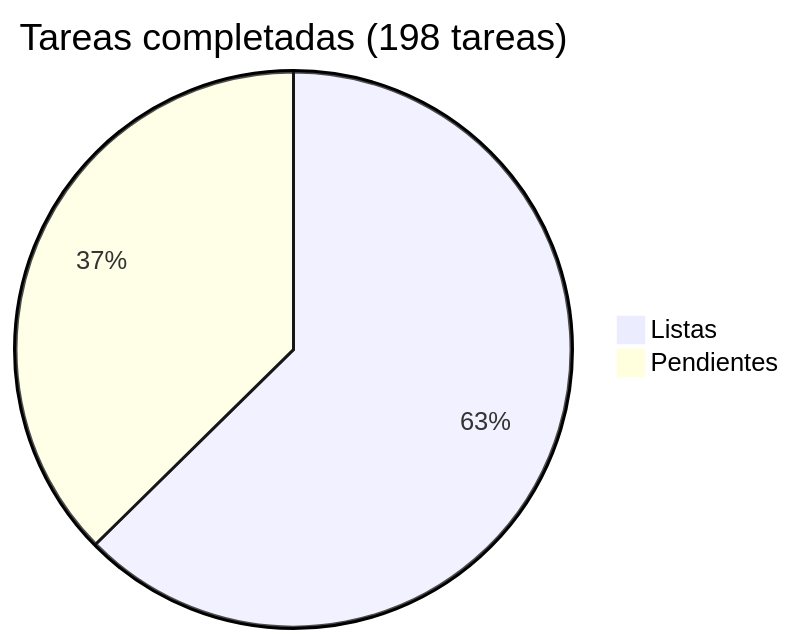
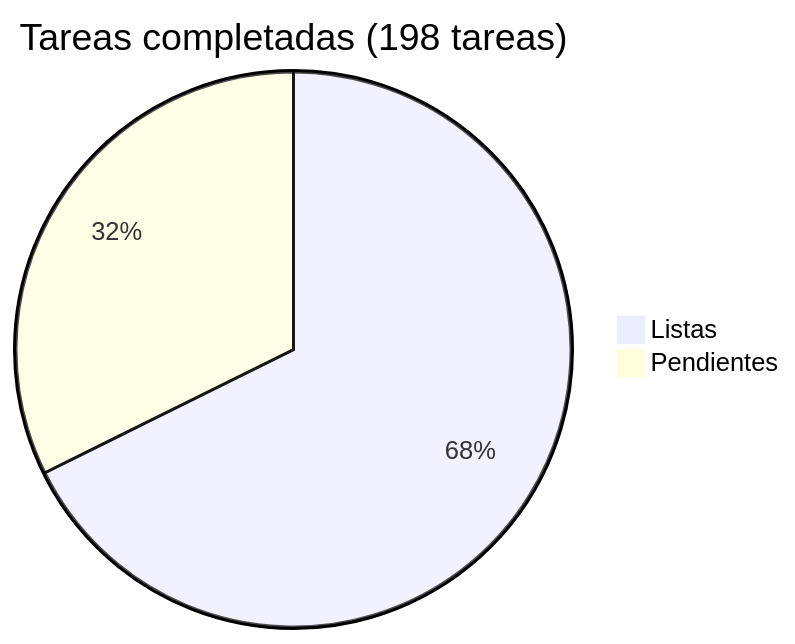
Before and after one commit to araguaney-lat/araguaney: the diagram in docs/roadmap/README.md, drawn with Mermaid. The commit also changed other lines of this file and 4 other files, not shown here.

````diff
--- a/docs/roadmap/README.md
+++ b/docs/roadmap/README.md
@@ -5,5 +5,5 @@
 ```mermaid
 pie title Tareas completadas (198 tareas)
-    "Listas" : 124
-    "Pendientes" : 74
+    "Listas" : 134
+    "Pendientes" : 64
 ```
````
